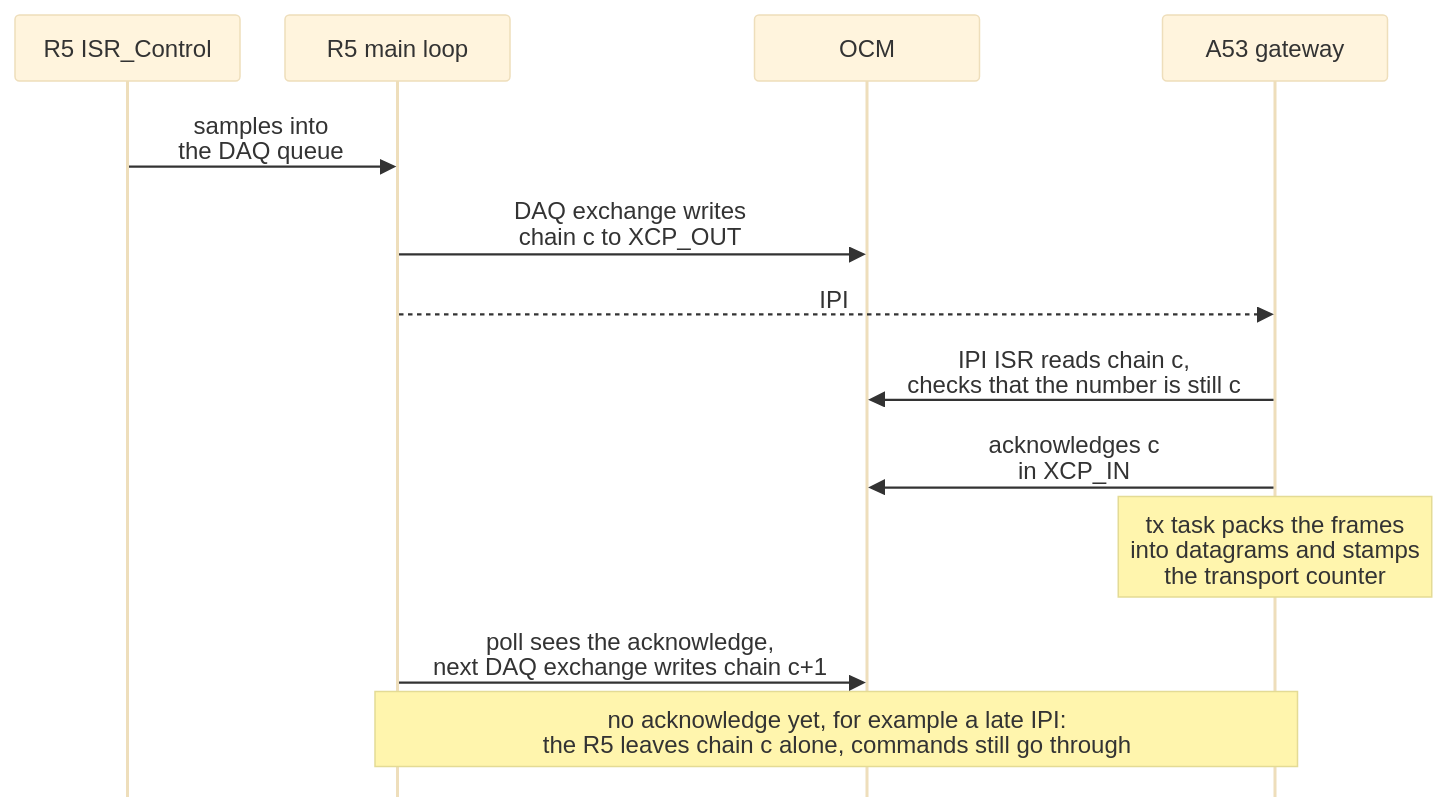
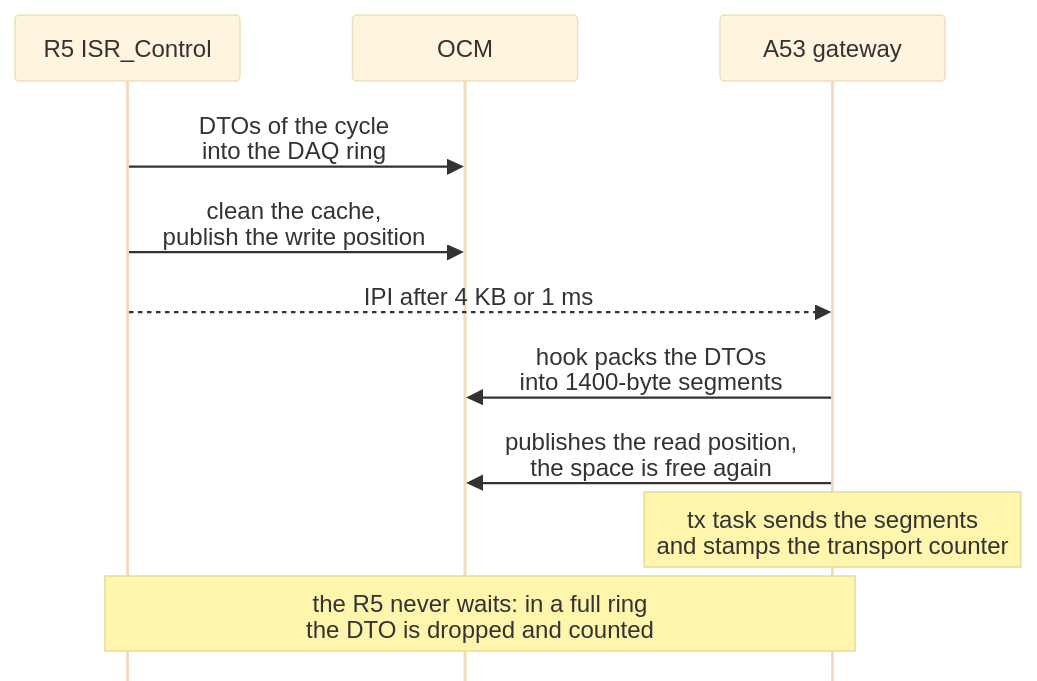
Before and after one commit to ultrazohm/ultrazohm_sw: the fifth of 5 diagrams in docs/source/guide/XCP/XCP_architecture.rst, drawn with Mermaid (base theme). The commit also changed other lines of this file and 2 other files, not shown here.

First line of the commit message:
docs: XCP pages describe the OCM rings, the DAQ budget and 8-byte writes

```diff
--- a/docs/source/guide/XCP/XCP_architecture.rst
+++ b/docs/source/guide/XCP/XCP_architecture.rst
@@ -245,18 +313,16 @@
 .. mermaid::
     :align: center
-    :caption: Path of measurement data with the consumption handshake
+    :caption: Path of measurement data through the DAQ ring
 
     %%{init: {"sequence": {"mirrorActors": false, "messageMargin": 28, "actorMargin": 30, "noteMargin": 8, "boxMargin": 6, "height": 44}}}%%
     sequenceDiagram
       participant I as R5 ISR_Control
-      participant R as R5 main loop
       participant O as OCM
       participant A as A53 gateway
-      I->>R: samples into<br>the DAQ queue
-      R->>O: DAQ exchange writes<br>chain c to XCP_OUT
-      R-->>A: IPI
-      A->>O: IPI ISR reads chain c,<br>checks that the number is still c
-      A->>O: acknowledges c<br>in XCP_IN
-      Note over A: tx task packs the frames<br>into datagrams and stamps<br>the transport counter
-      R->>O: poll sees the acknowledge,<br>next DAQ exchange writes chain c+1
-      Note over R,A: no acknowledge yet, for example a late IPI:<br>the R5 leaves chain c alone, commands still go through
+      I->>O: DTOs of the cycle<br>into the DAQ ring
+      I->>O: clean the cache,<br>publish the write position
+      I-->>A: IPI after 4 KB or 1 ms
+      A->>O: hook packs the DTOs<br>into 1400-byte segments
+      A->>O: publishes the read position,<br>the space is free again
+      Note over A: tx task sends the segments<br>and stamps the transport counter
+      Note over I,A: the R5 never waits: in a full ring<br>the DTO is dropped and counted
```
